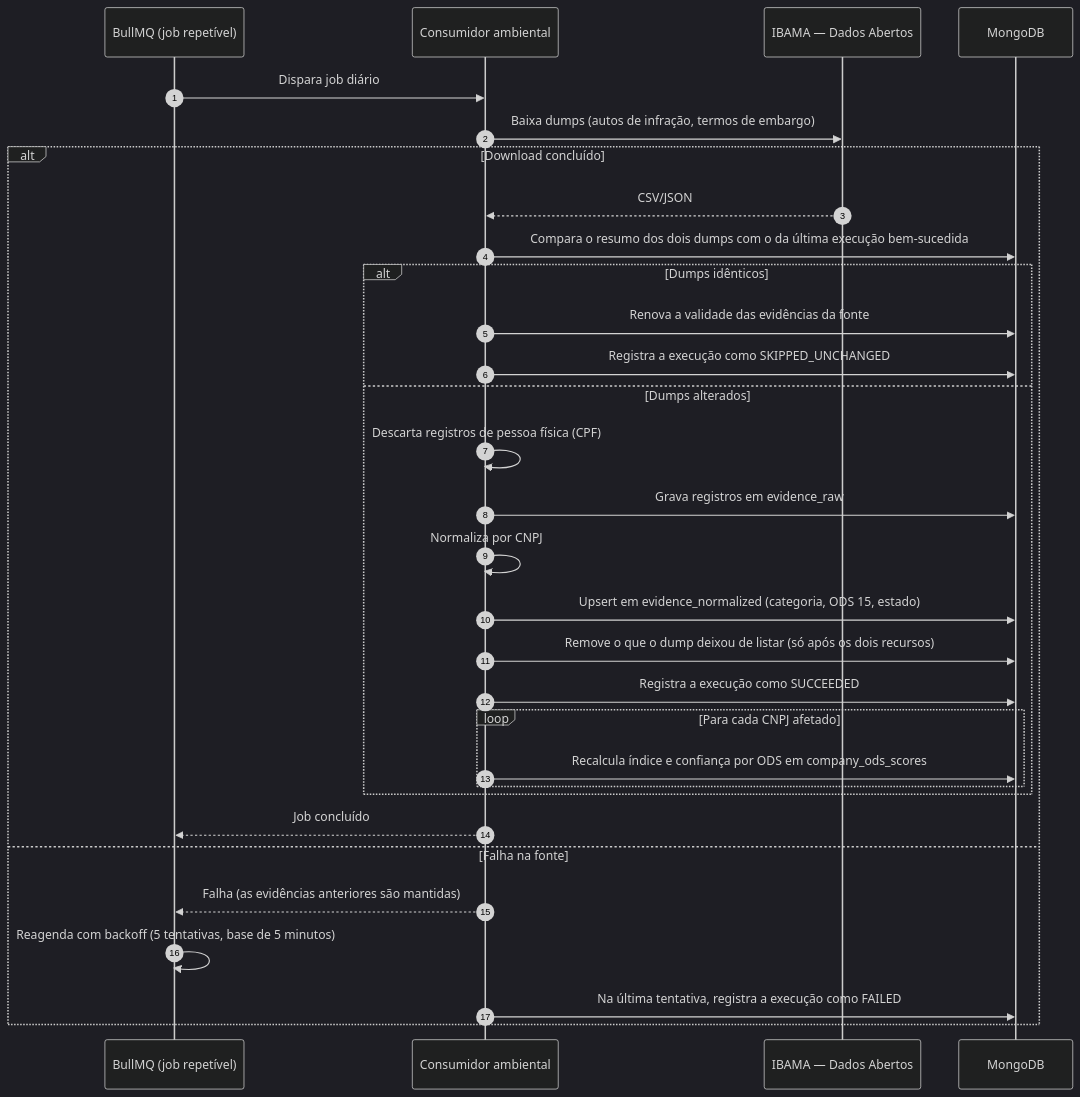
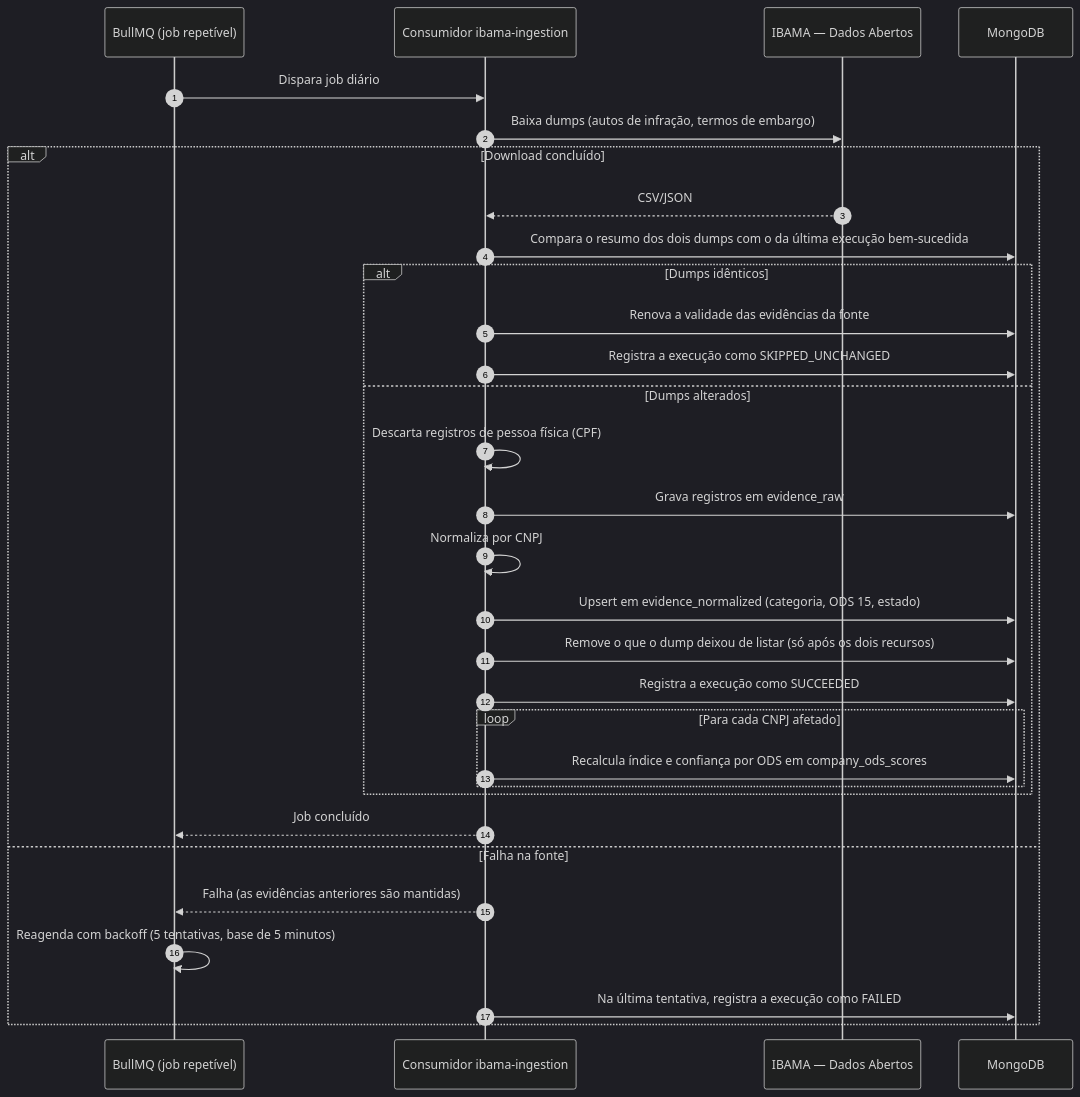
One commit to odavibatista/bios-docs changed diagram 16 of 22 in 08-Artefatos-de-Análise.md. Above: the diagram before and after it, drawn with Mermaid (dark theme). The commit also changed other lines of this file, not shown here.

First line of the commit message:
docs(diagrams): cria um diagrama de sequencia por caso de uso

````diff
--- a/08-Artefatos-de-Análise.md
+++ b/08-Artefatos-de-Análise.md
@@ -1147,34 +1603,34 @@
 ```mermaid
 sequenceDiagram
     autonumber
     participant Q as BullMQ (job repetível)
-    participant AMB as Consumidor ambiental
+    participant AMB as Consumidor ibama-ingestion
     participant IB as IBAMA — Dados Abertos
     participant DB as MongoDB
 
     Q->>AMB: Dispara job diário
     AMB->>IB: Baixa dumps (autos de infração, termos de embargo)
     alt Download concluído
         IB-->>AMB: CSV/JSON
         AMB->>DB: Compara o resumo dos dois dumps com o da última execução bem-sucedida
         alt Dumps idênticos
             AMB->>DB: Renova a validade das evidências da fonte
             AMB->>DB: Registra a execução como SKIPPED_UNCHANGED
         else Dumps alterados
             AMB->>AMB: Descarta registros de pessoa física (CPF)
             AMB->>DB: Grava registros em evidence_raw
             AMB->>AMB: Normaliza por CNPJ
             AMB->>DB: Upsert em evidence_normalized (categoria, ODS 15, estado)
             AMB->>DB: Remove o que o dump deixou de listar (só após os dois recursos)
             AMB->>DB: Registra a execução como SUCCEEDED
             loop Para cada CNPJ afetado
                 AMB->>DB: Recalcula índice e confiança por ODS em company_ods_scores
             end
         end
         AMB-->>Q: Job concluído
     else Falha na fonte
         AMB-->>Q: Falha (as evidências anteriores são mantidas)
         Q->>Q: Reagenda com backoff (5 tentativas, base de 5 minutos)
         AMB->>DB: Na última tentativa, registra a execução como FAILED
     end
 ```
````
